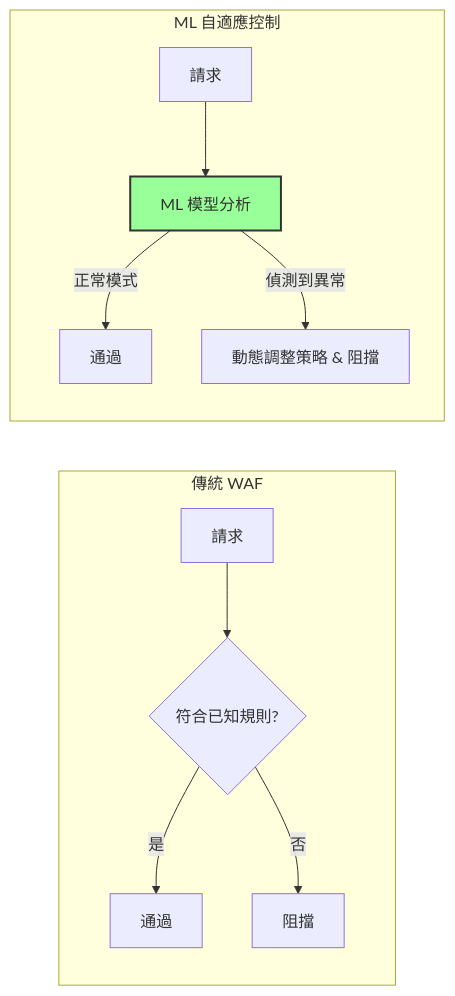
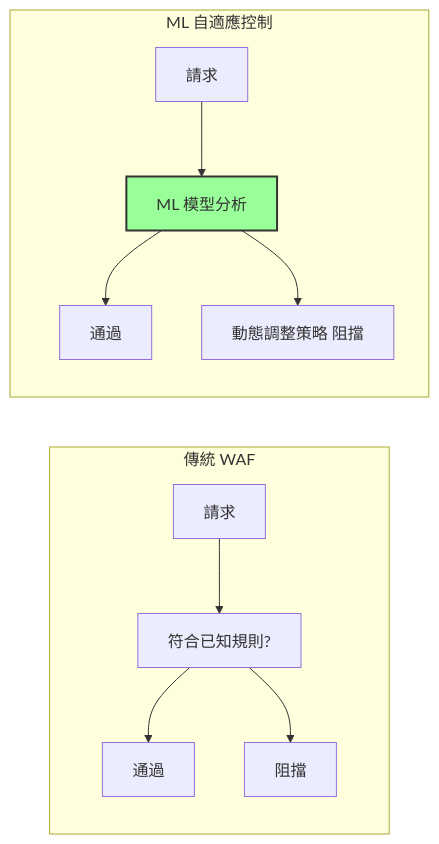
Before and after one commit to Twister5-com-tw-Dev-dep/CISSP-Mindset: the sixth of 8 diagrams in CCSP/FEQ/Domain4-feq.md, drawn with Mermaid. The commit also changed other lines of this file and 1 other file, not shown here.

Commit message:
fix : mermaid errors

````diff
--- a/CCSP/FEQ/Domain4-feq.md
+++ b/CCSP/FEQ/Domain4-feq.md
@@ -195,16 +196,16 @@
 ```mermaid
 graph LR
-    subgraph 傳統 WAF
-        A[請求] --> B{符合已知規則?};
-        B -- 是 --> C[通過];
-        B -- 否 --> D[阻擋];
+    subgraph "傳統 WAF"
+        A[請求] --> B[符合已知規則?]
+        B --> C[通過]
+        B --> D[阻擋]
     end
 
-    subgraph ML 自適應控制
-        E[請求] --> F[ML 模型分析];
-        F -- 正常模式 --> G[通過];
-        F -- 偵測到異常 --> H[動態調整策略 & 阻擋];
+    subgraph "ML 自適應控制"
+        E[請求] --> F[ML 模型分析]
+        F --> G[通過]
+        F --> H[動態調整策略 阻擋]
     end
 
     style F fill:#9f9,stroke:#333,stroke-width:2px
 ```
````
